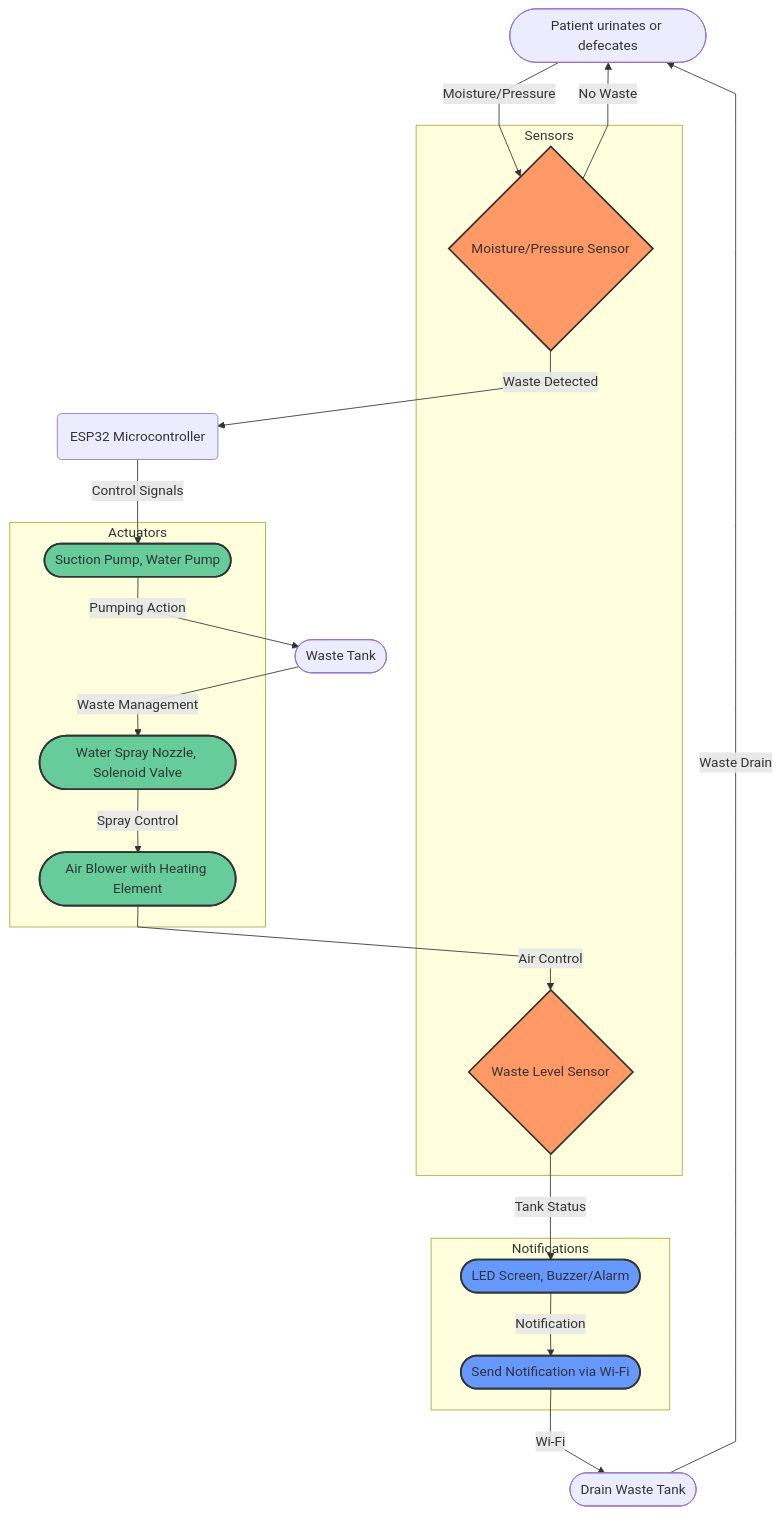
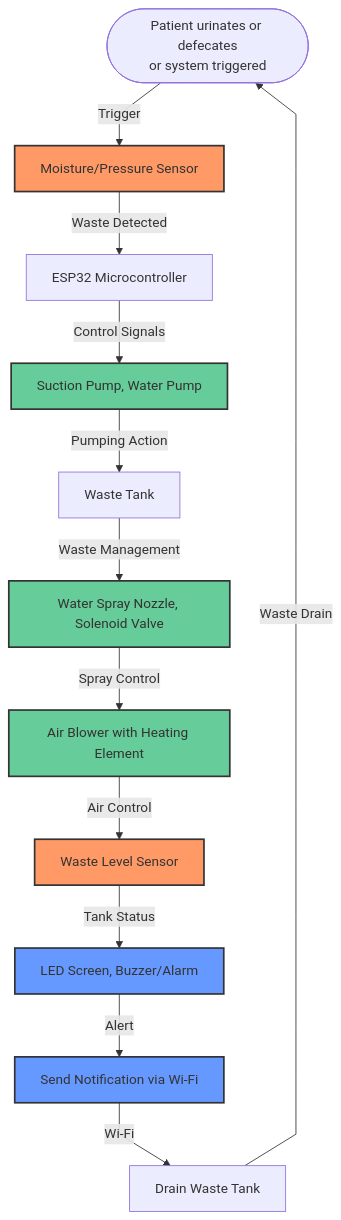
Before and after one commit to pxvn/HOSPITAL-AUTOMATION: the diagram in README.md, drawn with Mermaid. The commit also changed other lines of this file, not shown here.

````diff
--- a/README.md
+++ b/README.md
@@ -34,56 +34,38 @@
 ```mermaid
 %%{init: {'theme': 'default', 'flowchart': {'curve': 'linear', 'useMaxWidth': true}}}%%
 flowchart TB
   %% Nodes
-  A(["Patient urinates or defecates"])
-  B{"Moisture/Pressure Sensor"}
-  C("`ESP32 Microcontroller`")
-  D(["Suction Pump, Water Pump"])
-  E(["Waste Tank"])
-  F(["Water Spray Nozzle, Solenoid Valve"])
-  G(["Air Blower with Heating Element"])
-  H{"Waste Level Sensor"}
-  I(["LED Screen, Buzzer/Alarm"])
-  J(["Send Notification via Wi-Fi"])
-  K(["Drain Waste Tank"])
+  A(["Patient urinates or defecates<br/>or system triggered"])
+  B["Moisture/Pressure Sensor"]
+  C["ESP32 Microcontroller"]
+  D["Suction Pump, Water Pump"]
+  E["Waste Tank"]
+  F["Water Spray Nozzle, Solenoid Valve"]
+  G["Air Blower with Heating Element"]
+  H["Waste Level Sensor"]
+  I["LED Screen, Buzzer/Alarm"]
+  J["Send Notification via Wi-Fi"]
+  K["Drain Waste Tank"]
 
   %% Edges
-  A -->|Moisture/Pressure| B
+  A -->|Trigger| B
   B -->|Waste Detected| C
-  B -->|No Waste| A
   C -->|Control Signals| D
   D -->|Pumping Action| E
   E -->|Waste Management| F
   F -->|Spray Control| G
   G -->|Air Control| H
   H -->|Tank Status| I
-  I -->|Notification| J
+  I -->|Alert| J
   J -->|Wi-Fi| K
   K -->|Waste Drain| A
-  
-  %% Grouping
-  subgraph Sensors
-    B
-    H
-  end
-
-  subgraph Actuators
-    D
-    F
-    G
-  end
-  
-  subgraph Notifications
-    I
-    J
-  end
 
   %% Styles
   classDef sensor fill:#f96,stroke:#333,stroke-width:2px;
   classDef actuator fill:#6c9,stroke:#333,stroke-width:2px;
   classDef notification fill:#69f,stroke:#333,stroke-width:2px;
   
   class B,H sensor;
   class D,F,G actuator;
   class I,J notification;
 ```
````
